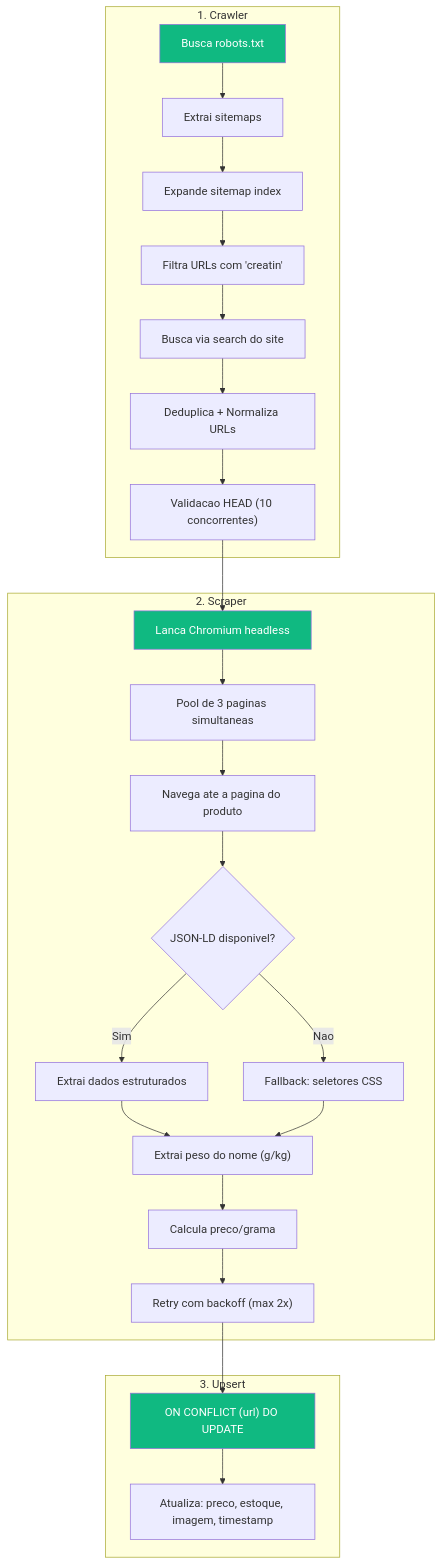
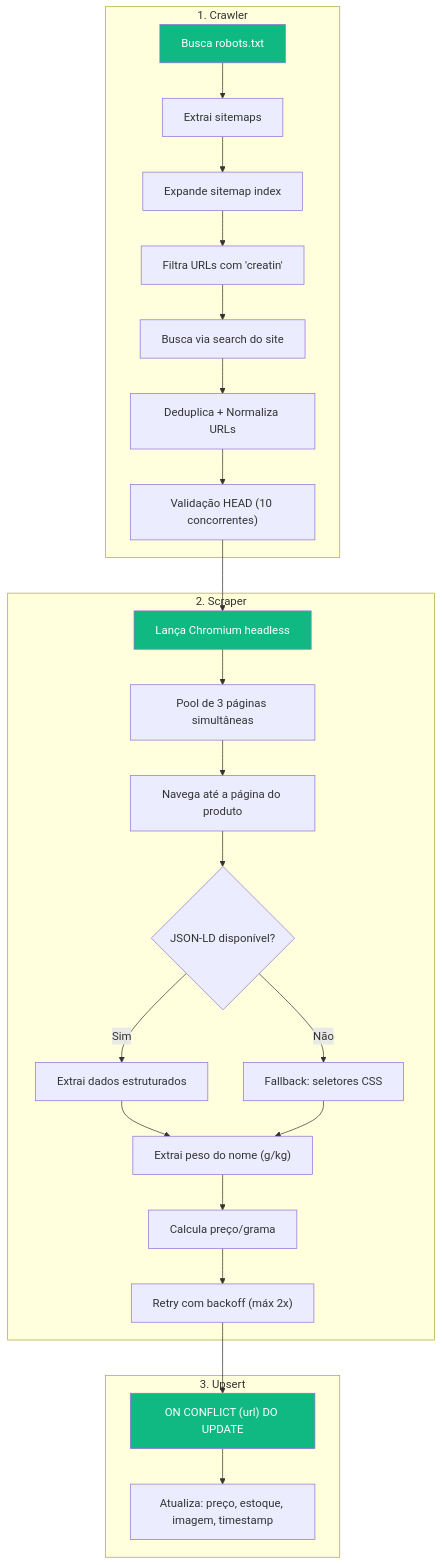
One commit to GXDEVS/potebarato changed the third of 3 diagrams in README.md. Above: the diagram before and after it, drawn with Mermaid. The commit also changed other lines of this file, not shown here.

````diff
--- a/README.md
+++ b/README.md
@@ -192,36 +192,36 @@
 ```mermaid
 flowchart TD
     subgraph "1. Crawler"
         C1["Busca robots.txt"] --> C2["Extrai sitemaps"]
         C2 --> C3["Expande sitemap index"]
         C3 --> C4["Filtra URLs com 'creatin'"]
         C4 --> C5["Busca via search do site"]
         C5 --> C6["Deduplica + Normaliza URLs"]
-        C6 --> C7["Validacao HEAD (10 concorrentes)"]
+        C6 --> C7["Validação HEAD (10 concorrentes)"]
     end
 
     subgraph "2. Scraper"
-        S1["Lanca Chromium headless"] --> S2["Pool de 3 paginas simultaneas"]
-        S2 --> S3["Navega ate a pagina do produto"]
-        S3 --> S4{"JSON-LD disponivel?"}
+        S1["Lança Chromium headless"] --> S2["Pool de 3 páginas simultâneas"]
+        S2 --> S3["Navega até a página do produto"]
+        S3 --> S4{"JSON-LD disponível?"}
         S4 -->|Sim| S5["Extrai dados estruturados"]
-        S4 -->|Nao| S6["Fallback: seletores CSS"]
+        S4 -->|Não| S6["Fallback: seletores CSS"]
         S5 --> S7["Extrai peso do nome (g/kg)"]
         S6 --> S7
-        S7 --> S8["Calcula preco/grama"]
-        S8 --> S9["Retry com backoff (max 2x)"]
+        S7 --> S8["Calcula preço/grama"]
+        S8 --> S9["Retry com backoff (máx 2x)"]
     end
 
     subgraph "3. Upsert"
         U1["ON CONFLICT (url) DO UPDATE"]
-        U2["Atualiza: preco, estoque, imagem, timestamp"]
+        U2["Atualiza: preço, estoque, imagem, timestamp"]
     end
 
     C7 --> S1
     S9 --> U1
     U1 --> U2
 
     style C1 fill:#10b981,color:#fff
     style S1 fill:#10b981,color:#fff
     style U1 fill:#10b981,color:#fff
 ```
````
